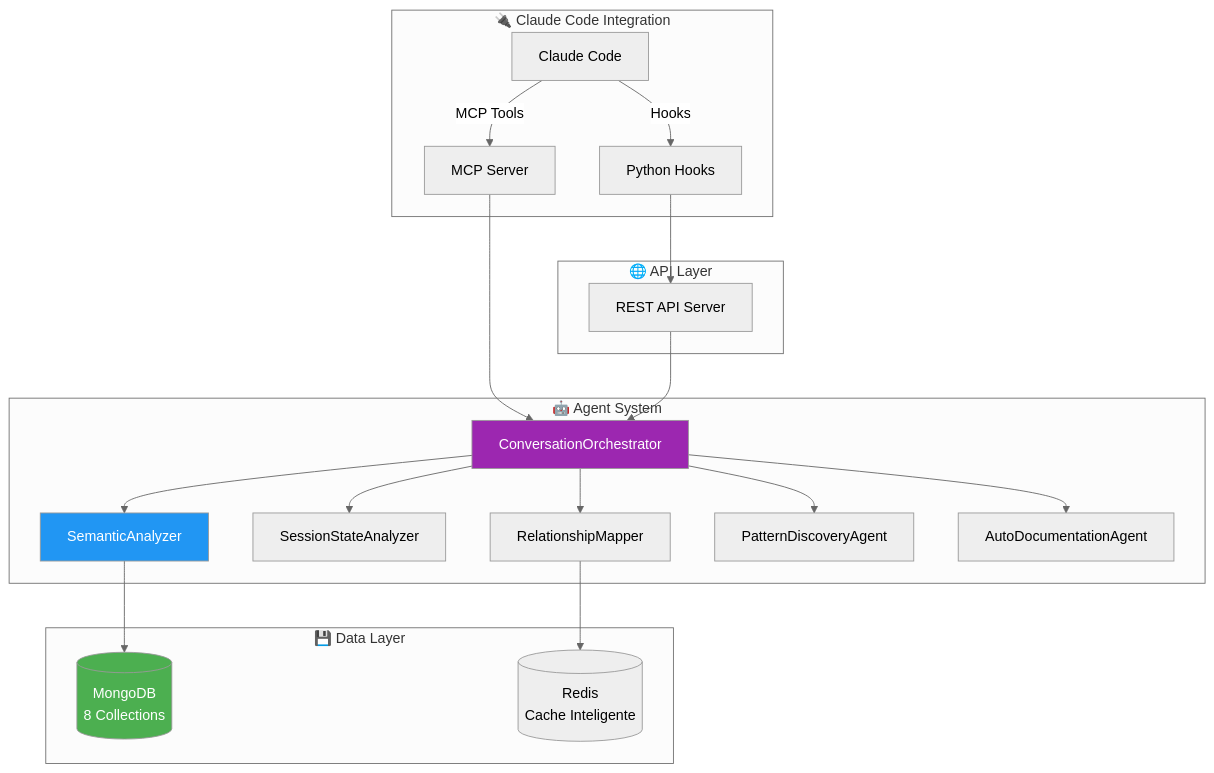
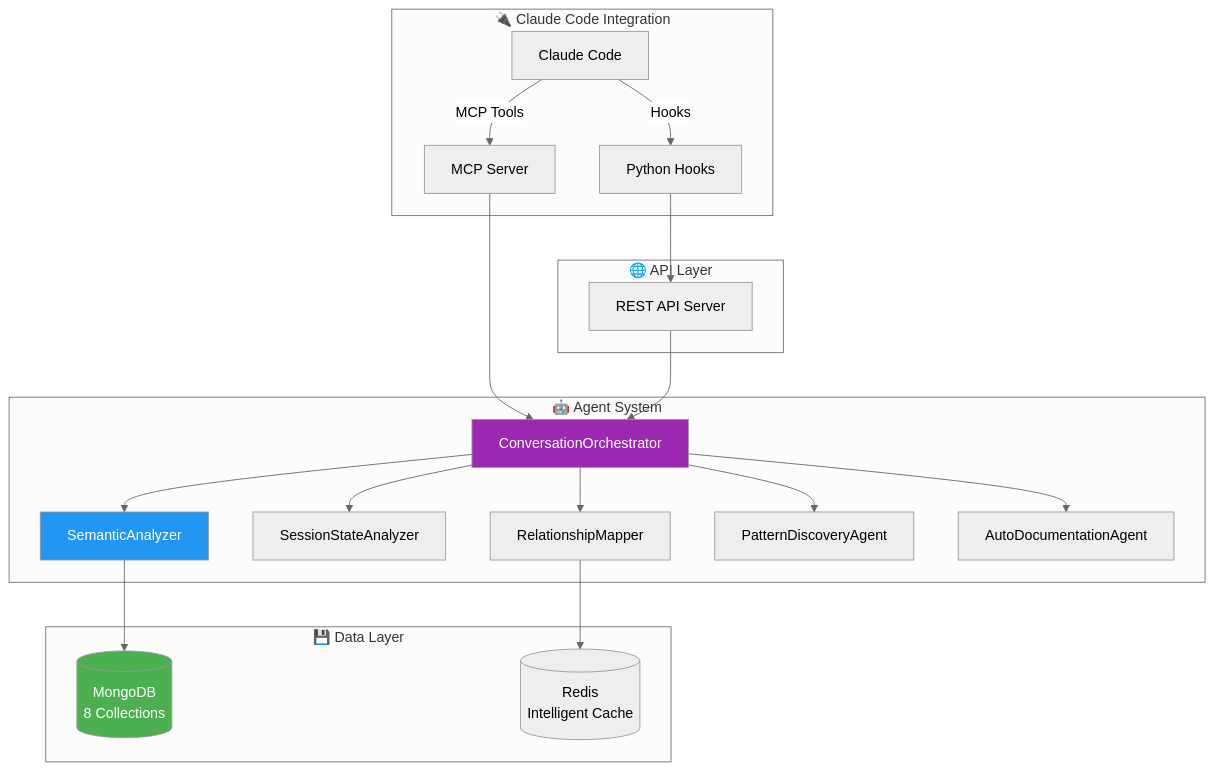
Before and after one commit to LucianoRicardo737/claude-conversation-logger: the first of 2 diagrams in README.md, drawn with Mermaid (neutral theme). The commit also changed other lines of this file, not shown here.

````diff
--- a/README.md
+++ b/README.md
@@ -280,30 +280,30 @@
 ```mermaid
 graph TB
     subgraph "🔌 Claude Code Integration"
         CC[Claude Code] -->|MCP Tools| MCP[MCP Server]
         CC -->|Hooks| HOOK[Python Hooks]
     end
     
     subgraph "🤖 Agent System"
         MCP --> CO[ConversationOrchestrator]
         CO --> SA[SemanticAnalyzer]
         CO --> SSA[SessionStateAnalyzer] 
         CO --> RM[RelationshipMapper]
         CO --> PD[PatternDiscoveryAgent]
         CO --> AD[AutoDocumentationAgent]
     end
     
     subgraph "💾 Data Layer"
         SA --> MONGO[(MongoDB<br/>8 Collections)]
-        RM --> REDIS[(Redis<br/>Cache Inteligente)]
+        RM --> REDIS[(Redis<br/>Intelligent Cache)]
     end
     
     subgraph "🌐 API Layer"
         HOOK --> API[REST API Server]
         API --> CO
     end
     
     style CO fill:#9c27b0,color:#fff
     style SA fill:#2196f3,color:#fff
     style MONGO fill:#4caf50,color:#fff
 ```
````
